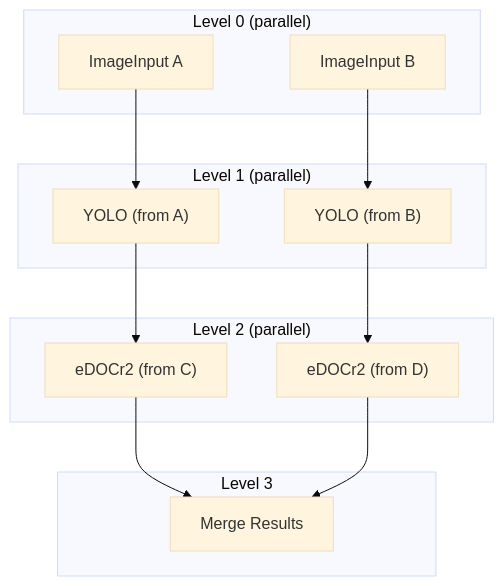
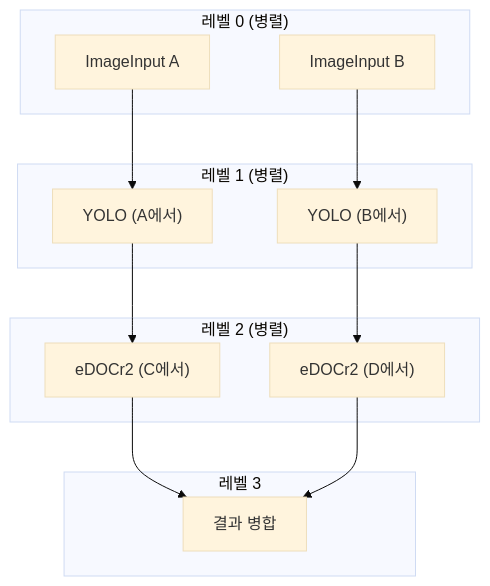
One commit to uprootai/AX_OCR changed the second of 3 diagrams in docs-site/docs/blueprintflow/dag-engine.md. Above: the diagram before and after it, drawn with Mermaid (base theme). The commit also changed other lines of this file and 64 other files, not shown here.

````diff
--- a/docs-site/docs/blueprintflow/dag-engine.md
+++ b/docs-site/docs/blueprintflow/dag-engine.md
@@ -49,24 +49,24 @@
 ```mermaid
 flowchart TD
-    subgraph Level_0["Level 0 (parallel)"]
+    subgraph Level_0["레벨 0 (병렬)"]
         A["ImageInput A"]
         B["ImageInput B"]
     end
 
-    subgraph Level_1["Level 1 (parallel)"]
-        C["YOLO (from A)"]
-        D["YOLO (from B)"]
+    subgraph Level_1["레벨 1 (병렬)"]
+        C["YOLO (A에서)"]
+        D["YOLO (B에서)"]
     end
 
-    subgraph Level_2["Level 2 (parallel)"]
-        E["eDOCr2 (from C)"]
-        F["eDOCr2 (from D)"]
+    subgraph Level_2["레벨 2 (병렬)"]
+        E["eDOCr2 (C에서)"]
+        F["eDOCr2 (D에서)"]
     end
 
-    subgraph Level_3["Level 3"]
-        G["Merge Results"]
+    subgraph Level_3["레벨 3"]
+        G["결과 병합"]
     end
 
     A --> C --> E --> G
     B --> D --> F --> G
 ```
````
